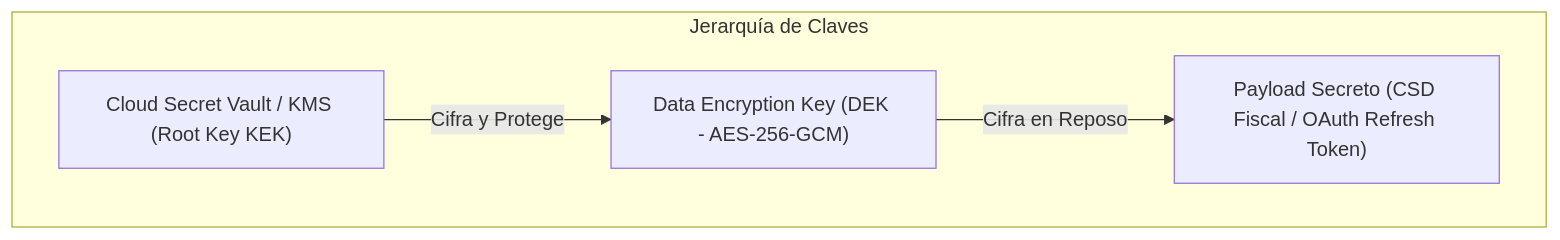
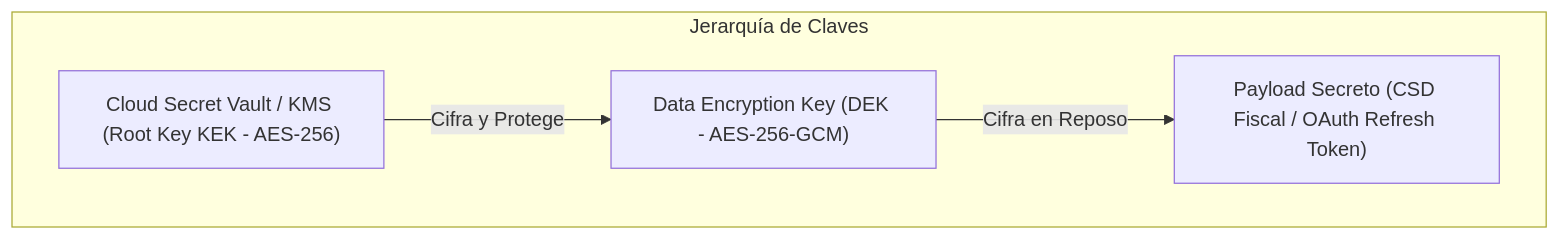
Before and after one commit to Lucas030509/TRIDENTPOS: the diagram in SECRETS_AND_KEY_MANAGEMENT.md, drawn with Mermaid. The commit also changed other lines of this file and 9 other files, not shown here.

Commit message:
fix(security-architecture): remediate independent gate governance findings

````diff
--- a/SECRETS_AND_KEY_MANAGEMENT.md
+++ b/SECRETS_AND_KEY_MANAGEMENT.md
@@ -17,11 +17,11 @@
 ```mermaid
 graph TD
     subgraph Master_Key_Hierarchy["Jerarquía de Claves"]
-        KMS["Cloud Secret Vault / KMS (Root Key KEK)"]
+        KMS["Cloud Secret Vault / KMS (Root Key KEK - AES-256)"]
         DEK["Data Encryption Key (DEK - AES-256-GCM)"]
         Payload["Payload Secreto (CSD Fiscal / OAuth Refresh Token)"]
     end
 
     KMS -->|Cifra y Protege| DEK
     DEK -->|Cifra en Reposo| Payload
 ```
````
